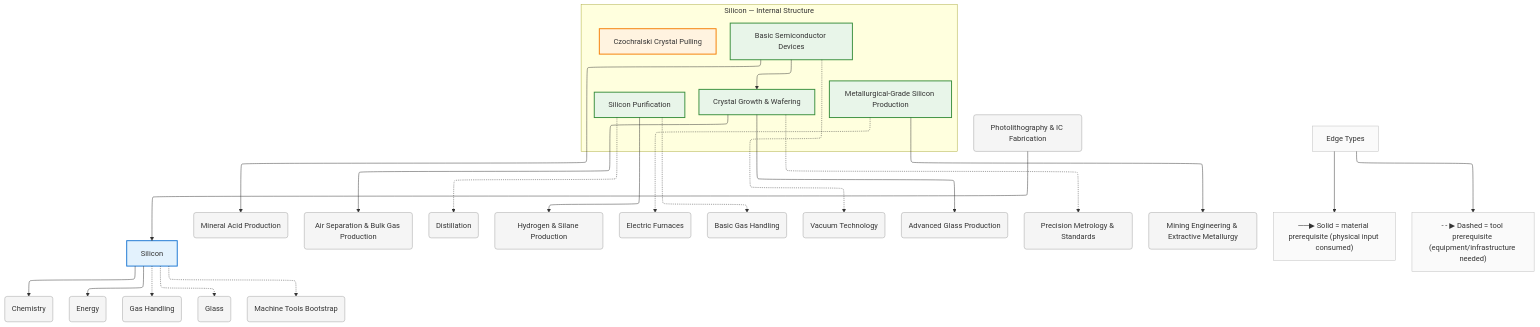
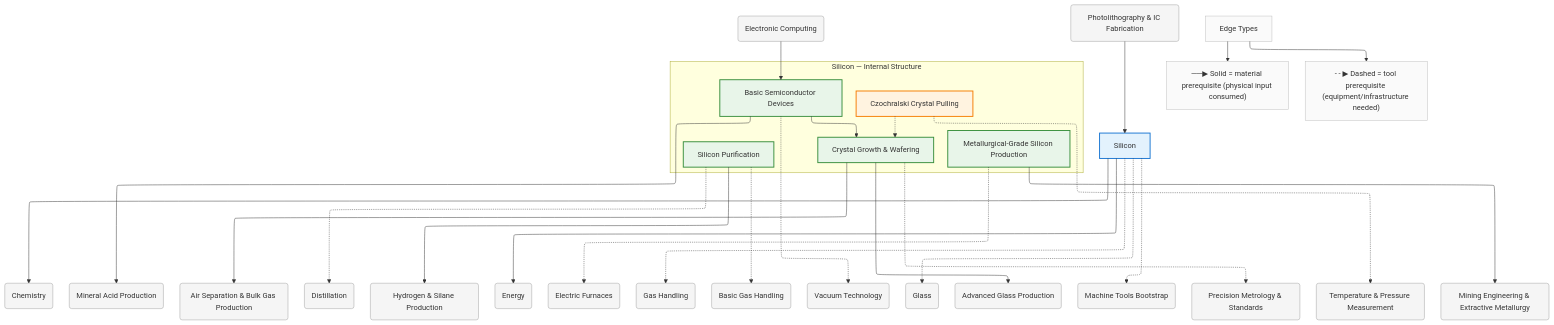
Before and after one commit to egofree/TechTree: the diagram in diagrams/mermaid/silicon.mmd, drawn with Mermaid. The commit also changed 15 other files, not shown here.

First line of the commit message:
chore(diagrams): regenerate all Mermaid diagrams from updated data

```diff
--- a/diagrams/mermaid/silicon.mmd
+++ b/diagrams/mermaid/silicon.mmd
@@ -1,91 +1,98 @@
 %%{init: {"flowchart": {"defaultRenderer": "elk", "htmlLabels": true}}}%%
 graph TD
     %% Domain: Silicon
 
     %% ==================== INTERNAL NODES ====================
     subgraph silicon_internal ["Silicon — Internal Structure"]
         direction TB
         silicon_mg-si-production["Metallurgical-Grade Silicon Production"]
         silicon_purification["Silicon Purification"]
         silicon_crystal-growth["Crystal Growth & Wafering"]
         silicon_crystal-growth_cz-pulling["Czochralski Crystal Pulling"]
         silicon_basic-devices["Basic Semiconductor Devices"]
     end
 
     %% ==================== DOMAIN NODE ====================
     silicon["Silicon"]
 
     %% ==================== EXTERNAL DEPENDENCIES ====================
     chemistry("Chemistry")
     chemistry_acids("Mineral Acid Production")
     chemistry_air-separation("Air Separation & Bulk Gas Production")
     chemistry_distillation("Distillation")
     chemistry_hydrogen-silane("Hydrogen & Silane Production")
+    computing_electronic("Electronic Computing")
     energy("Energy")
     energy_electric-furnaces("Electric Furnaces")
     gas-handling("Gas Handling")
     gas-handling_basic("Basic Gas Handling")
     gas-handling_vacuum("Vacuum Technology")
     glass("Glass")
     glass_advanced("Advanced Glass Production")
     machine-tools("Machine Tools Bootstrap")
     measurement_precision-metrology("Precision Metrology & Standards")
+    measurement_temperature-pressure("Temperature & Pressure Measurement")
     mining("Mining Engineering & Extractive Metallurgy")
     photolithography("Photolithography & IC Fabrication")
 
     %% ==================== EDGES ====================
     silicon_basic-devices --> silicon_crystal-growth
+    silicon_crystal-growth_cz-pulling -.-> silicon_crystal-growth
     silicon -.-> machine-tools
     silicon --> energy
     silicon --> chemistry
     silicon -.-> glass
     silicon -.-> gas-handling
     silicon_mg-si-production -.-> energy_electric-furnaces
     silicon_mg-si-production --> mining
     silicon_purification -.-> chemistry_distillation
     silicon_purification -.-> gas-handling_basic
     silicon_purification --> chemistry_hydrogen-silane
     silicon_crystal-growth --> glass_advanced
     silicon_crystal-growth --> chemistry_air-separation
     silicon_crystal-growth -.-> measurement_precision-metrology
     silicon_basic-devices -.-> gas-handling_vacuum
     silicon_basic-devices --> chemistry_acids
     photolithography --> silicon
+    computing_electronic --> silicon_basic-devices
+    silicon_crystal-growth_cz-pulling -.-> measurement_temperature-pressure
 
     %% ==================== EDGE TYPE LEGEND ====================
     EdgeLegend["Edge Types"]
     EdgeLegend --> MatNote["──▶ Solid = material prerequisite (physical input consumed)"]
     EdgeLegend --> ToolNote["- - ▶ Dashed = tool prerequisite (equipment/infrastructure needed)"]
 
     %% ==================== STYLING ====================
     classDef domain fill:#e3f2fd,stroke:#1976d2,stroke-width:2px
     classDef capability fill:#e8f5e9,stroke:#388e3c,stroke-width:2px
     classDef process fill:#fff3e0,stroke:#f57c00,stroke-width:2px
     classDef critical fill:#fff3e0,stroke:#f57c00,stroke-width:3px
     classDef earlyWin fill:#e8f5e9,stroke:#388e3c,stroke-width:3px
     classDef pinnacle fill:#fce4ec,stroke:#c62828,stroke-width:3px
     classDef external fill:#f5f5f5,stroke:#9e9e9e,stroke-width:1px
     classDef legend fill:#fafafa,stroke:#bdbdbd,stroke-width:1px
     class silicon domain
     class silicon_mg-si-production capability
     class silicon_purification capability
     class silicon_crystal-growth capability
     class silicon_crystal-growth_cz-pulling process
     class silicon_basic-devices capability
     class chemistry external
     class chemistry_acids external
     class chemistry_air-separation external
     class chemistry_distillation external
     class chemistry_hydrogen-silane external
+    class computing_electronic external
     class energy external
     class energy_electric-furnaces external
     class gas-handling external
     class gas-handling_basic external
     class gas-handling_vacuum external
     class glass external
     class glass_advanced external
     class machine-tools external
     class measurement_precision-metrology external
+    class measurement_temperature-pressure external
     class mining external
     class photolithography external
     class EdgeLegend,MatNote,ToolNote legend
```
